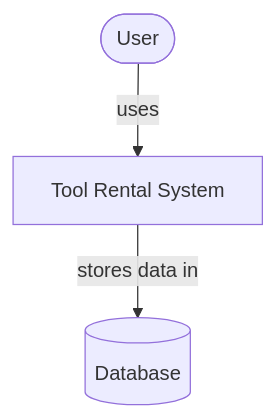
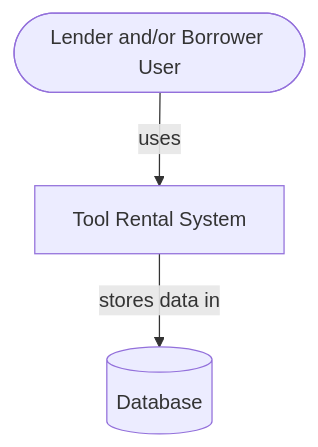
Before and after one commit to friera92/cen5064-project-flores: the first of 4 diagrams in README.md, drawn with Mermaid.

Commit message:
Modify user label in README context diagram
Updated user label in context diagram for clarity.

````diff
--- a/README.md
+++ b/README.md
@@ -49,6 +49,6 @@
 ```mermaid
 %% Replace this placeholder with YOUR system's context diagram.
 flowchart TB
-    user([User]) -->|uses| system[Tool Rental System]
+    user([Lender and/or Borrower User]) -->|uses| system[Tool Rental System]
     system -->|stores data in| db[(Database)]
 ```
````
